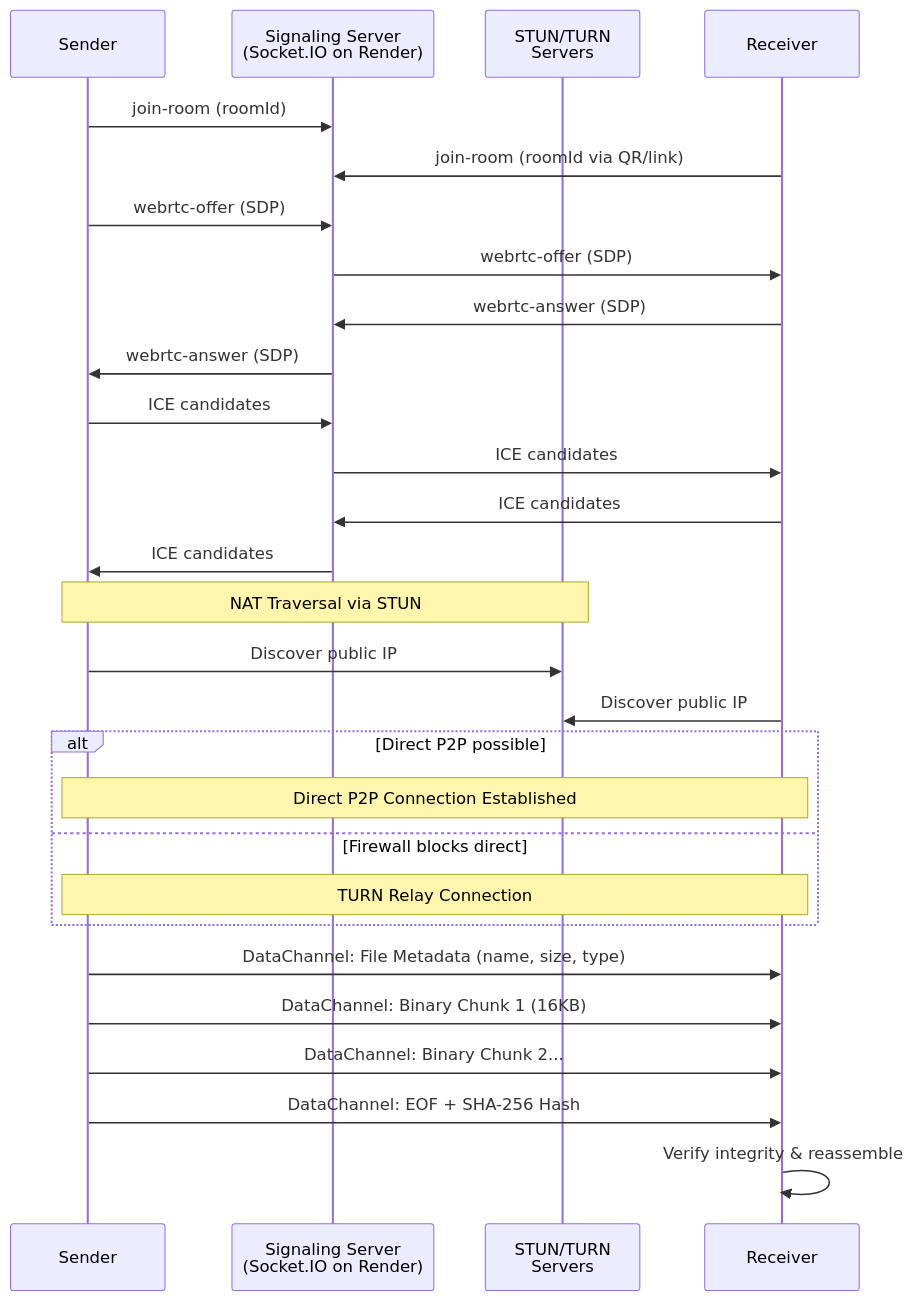
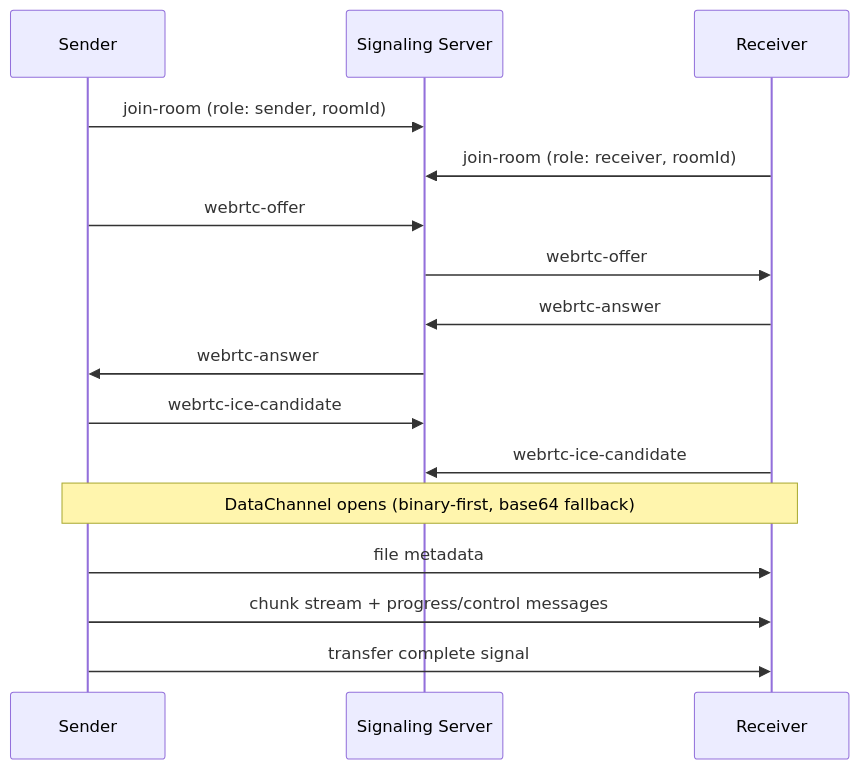
The diagram in docs/ARCHITECTURE.md (shubhampardule/transmitflow), drawn with Mermaid before and after one commit. The commit also changed other lines of this file and 26 other files, not shown here.

Commit message:
feat: refactor transfer UI architecture, add browser-support automation, and refresh docs

````diff
--- a/docs/ARCHITECTURE.md
+++ b/docs/ARCHITECTURE.md
@@ -9,37 +14,24 @@
 ```mermaid
 sequenceDiagram
     participant Sender
-    participant Signaling as Signaling Server<br/>(Socket.IO on Render)
-    participant STUN as STUN/TURN<br/>Servers
+    participant Signaling as Signaling Server
     participant Receiver
 
-    Sender->>Signaling: join-room (roomId)
-    Receiver->>Signaling: join-room (roomId via QR/link)
+    Sender->>Signaling: join-room (role: sender, roomId)
+    Receiver->>Signaling: join-room (role: receiver, roomId)
 
-    Sender->>Signaling: webrtc-offer (SDP)
-    Signaling->>Receiver: webrtc-offer (SDP)
+    Sender->>Signaling: webrtc-offer
+    Signaling->>Receiver: webrtc-offer
 
-    Receiver->>Signaling: webrtc-answer (SDP)
-    Signaling->>Sender: webrtc-answer (SDP)
+    Receiver->>Signaling: webrtc-answer
+    Signaling->>Sender: webrtc-answer
 
-    Sender->>Signaling: ICE candidates
-    Signaling->>Receiver: ICE candidates
-    Receiver->>Signaling: ICE candidates
-    Signaling->>Sender: ICE candidates
+    Sender->>Signaling: webrtc-ice-candidate
+    Receiver->>Signaling: webrtc-ice-candidate
 
-    Note over Sender,STUN: NAT Traversal via STUN
-    Sender->>STUN: Discover public IP
-    Receiver->>STUN: Discover public IP
+    Note over Sender,Receiver: DataChannel opens (binary-first, base64 fallback)
 
-    alt Direct P2P possible
-        Note over Sender,Receiver: Direct P2P Connection Established
-    else Firewall blocks direct
-        Note over Sender,Receiver: TURN Relay Connection
-    end
-
-    Sender->>Receiver: DataChannel: File Metadata (name, size, type)
-    Sender->>Receiver: DataChannel: Binary Chunk 1 (16KB)
-    Sender->>Receiver: DataChannel: Binary Chunk 2...
-    Sender->>Receiver: DataChannel: EOF + SHA-256 Hash
-    Receiver->>Receiver: Verify integrity & reassemble
+    Sender->>Receiver: file metadata
+    Sender->>Receiver: chunk stream + progress/control messages
+    Sender->>Receiver: transfer complete signal
 ```
````
